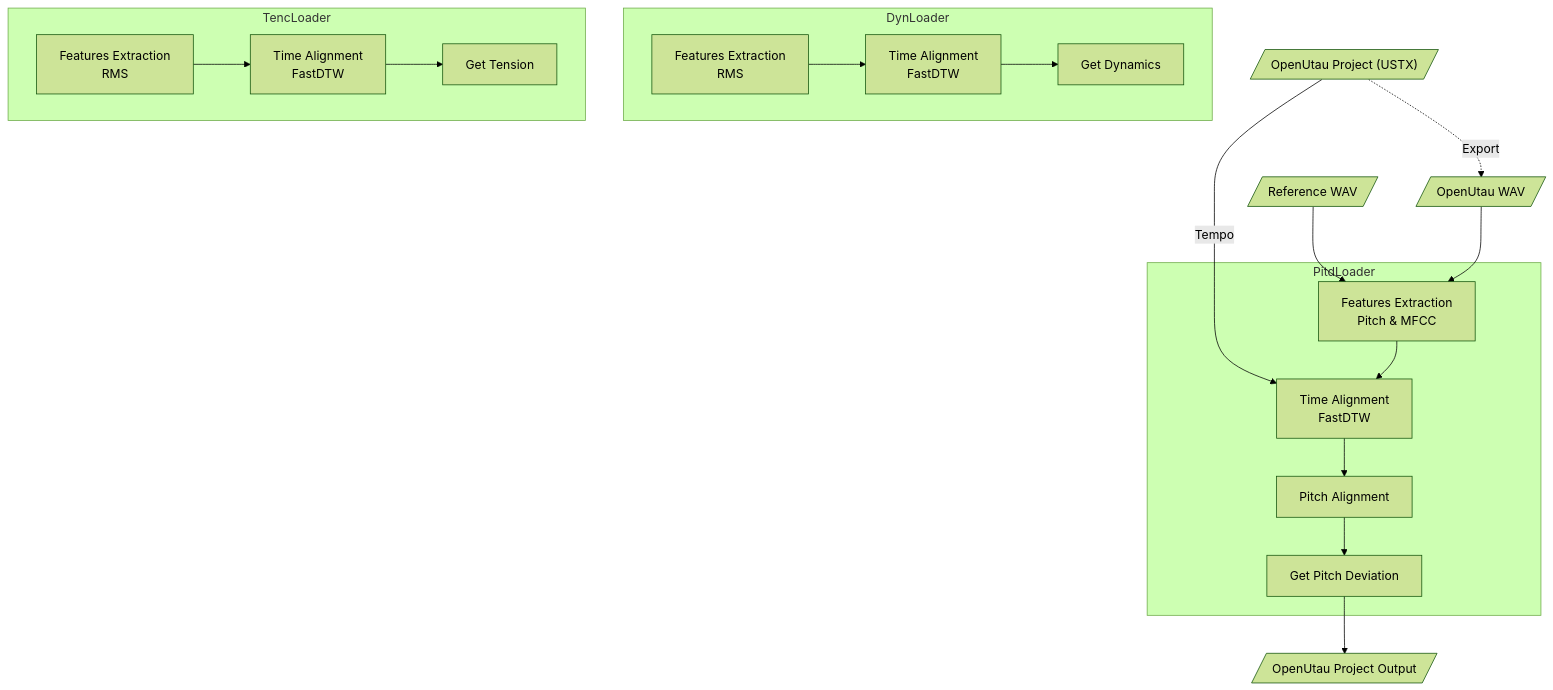
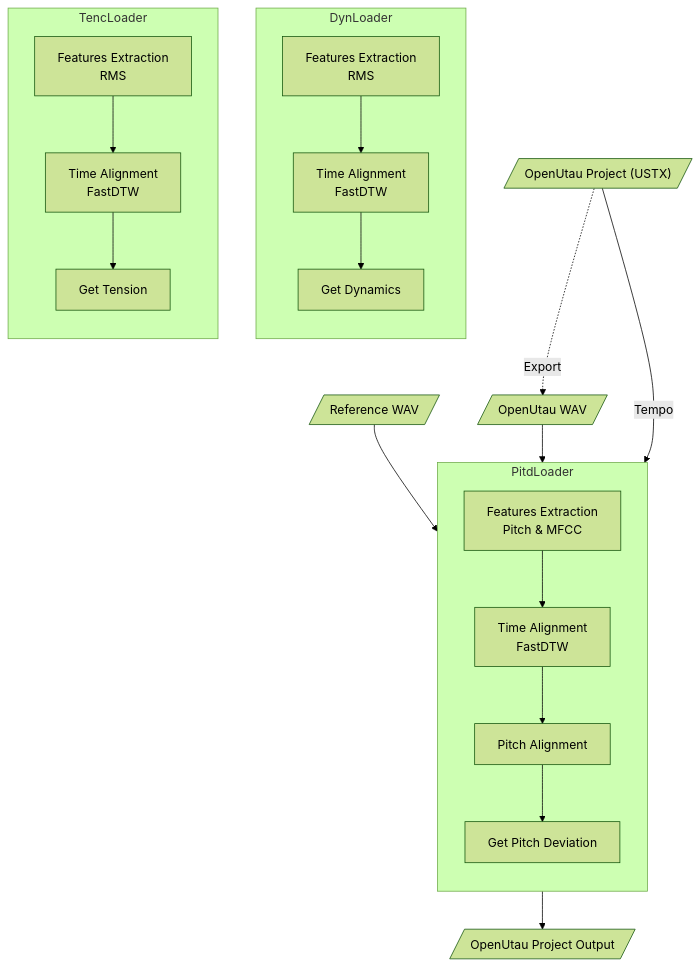
One commit to NewComer00/expressive changed the diagram in README.en.md. Above: the diagram before and after it, drawn with Mermaid (forest theme). The commit also changed other lines of this file and 1 other file, not shown here.

````diff
--- a/README.en.md
+++ b/README.en.md
@@ -159,46 +159,49 @@
 ```mermaid
-graph TD;
+graph TB;
   ustx_in[/"OpenUtau Project (USTX)"/]
   refwav[/"Reference WAV"/]
   utauwav[/"OpenUtau WAV"/]
   refwav-->feat_pitd
   ustx_in-.->|Export|utauwav
   utauwav-->feat_pitd
   ustx_in-->|Tempo|time_pitd
 
   subgraph PitdLoader
+    direction TB
     feat_pitd["Features Extraction<br>Pitch & MFCC"]
 
     time_pitd["Time Alignment<br>FastDTW"]
     feat_pitd-->time_pitd
 
     pitch_algn["Pitch Alignment"]
     time_pitd-->pitch_algn
 
     get_pitd["Get Pitch Deviation"]
     pitch_algn-->get_pitd
   end
 
-    utsx_out[/"OpenUtau Project Output"/]
-    get_pitd-->utsx_out
+  utsx_out[/"OpenUtau Project Output"/]
+  get_pitd-->utsx_out
 
   subgraph DynLoader
+    direction TB
     feat_dyn["Features Extraction<br>RMS"]
 
     time_dyn["Time Alignment<br>FastDTW"]
     feat_dyn-->time_dyn
 
     get_dyn["Get Dynamics"]
     time_dyn-->get_dyn
   end
 
   subgraph TencLoader
+    direction TB
     feat_tenc["Features Extraction<br>RMS"]
 
     time_tenc["Time Alignment<br>FastDTW"]
     feat_tenc-->time_tenc
 
     get_tenc["Get Tension"]
     time_tenc-->get_tenc
   end
 ```
````
